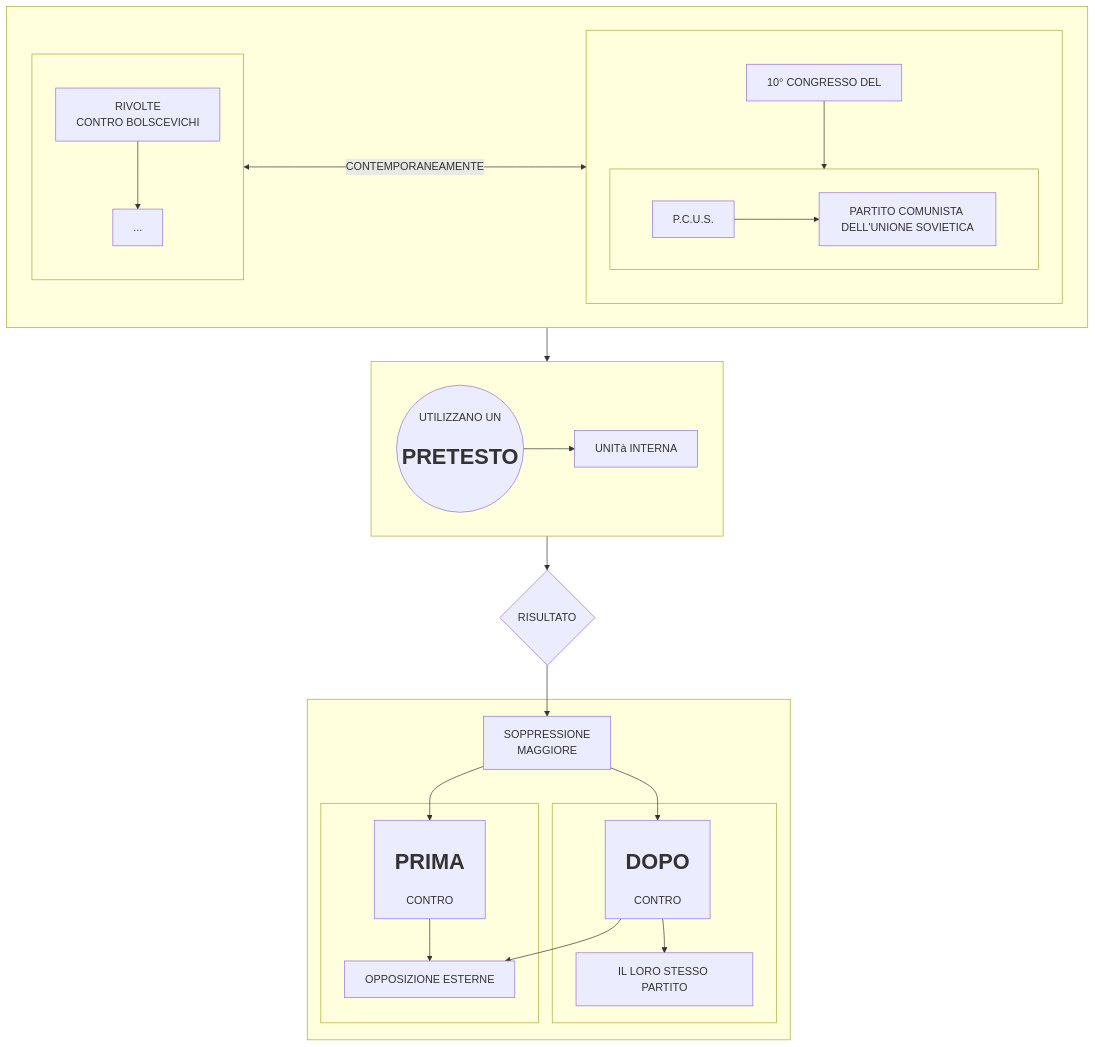
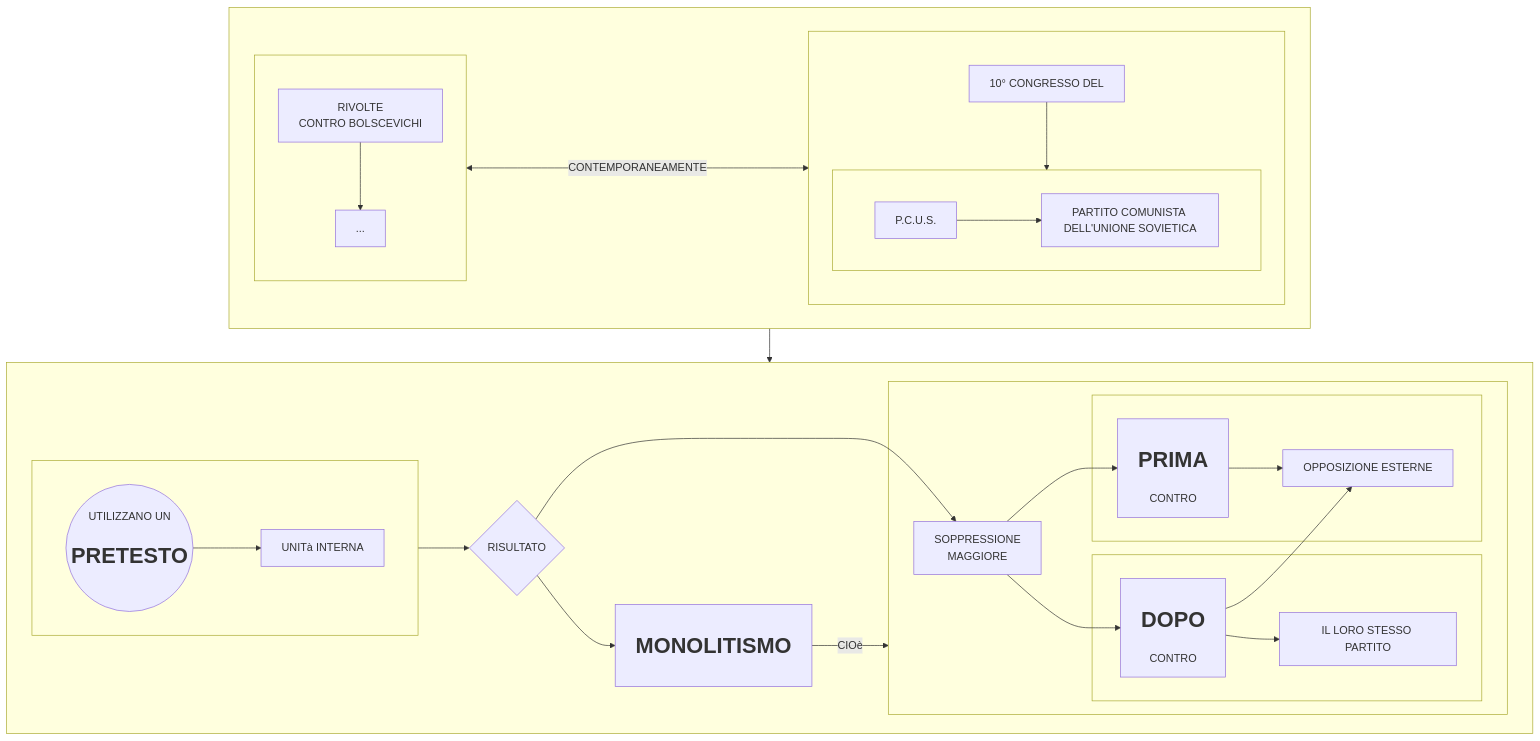
One commit to Laaouatni/ricerca-storia-MermaidJS changed the diagram in prova.md. Above: the diagram before and after it, drawn with Mermaid.

````diff
--- a/prova.md
+++ b/prova.md
@@ -1,45 +1,49 @@
 ```mermaid
 flowchart TB
   subgraph 0[" "]
     subgraph 01[" "]
       010[RIVOLTE <br> CONTRO BOLSCEVICHI]
       011[...]
       010 --> 011
     end
     subgraph 02[" "]
       direction TB
       020[10° CONGRESSO DEL]
       subgraph 023[" "]
         direction LR
         021[P.C.U.S.]
         0210[PARTITO COMUNISTA DELL'UNIONE SOVIETICA]
         021 --> 0210
       end
       020 --> 023
     end
     01 <----->|CONTEMPORANEAMENTE| 02
   end
-  subgraph 2[" "]
-    1((UTILIZZANO UN <br> <h1>PRETESTO</h1>))
-    10[UNITà INTERNA]
+  subgraph 5[" "]
+    subgraph 2[" "]
+      1((UTILIZZANO UN <br> <h1>PRETESTO</h1>))
+      10[UNITà INTERNA]
+    end
+    3{RISULTATO}
+    subgraph 4[" "]
+      40[SOPPRESSIONE <BR> MAGGIORE]
+      subgraph 43[" "]
+        41[<h1>PRIMA</h1> CONTRO]
+        410[OPPOSIZIONE ESTERNE]
+      end
+      subgraph 44[" "]
+        42[<H1>DOPO</H1> CONTRO]
+        420[IL LORO STESSO PARTITO]
+      end
+    end
+    6[<h1>MONOLITISMO</h1>]
+    3 --> 6 -->|CIOè| 4
   end
-  0 --> 2
+  0 --> 5
   1 --> 10
-  3{RISULTATO}
   2 --> 3
-  subgraph 4[" "]
-    40[SOPPRESSIONE <BR> MAGGIORE]
-    subgraph 43[" "]
-      41[<h1>PRIMA</h1> CONTRO]
-      410[OPPOSIZIONE ESTERNE]
-    end
-    subgraph 44[" "]
-      42[<H1>DOPO</H1> CONTRO]
-      420[IL LORO STESSO PARTITO]
-    end
-    40 --> 41 & 42
-    41 --> 410
-    42 --> 410 & 420
-  end
+  40 --> 41 & 42
+  41 --> 410
+  42 --> 410 & 420
   3 --> 40
 ```
````
